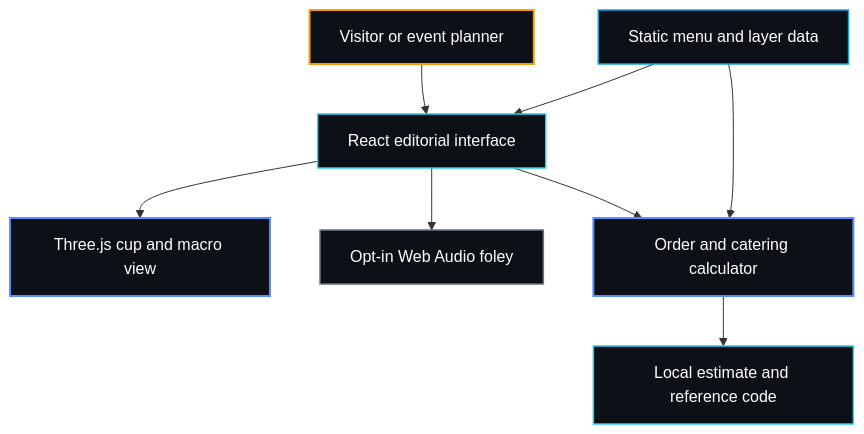
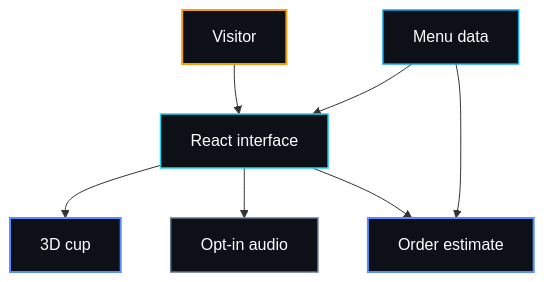
Before and after one commit to gaffercode/Tropisipjuice: the first of 4 diagrams in README.md, drawn with Mermaid. The commit also changed other lines of this file, not shown here.

Commit message:
docs: compact Tropisip diagrams and credit the collaboration

````diff
--- a/README.md
+++ b/README.md
@@ -128,29 +128,27 @@
 ```mermaid
 flowchart TB
-  VISITOR["Visitor or event planner"]
-  UI["React editorial interface"]
-  STAGE["Three.js cup and macro view"]
-  AUDIO["Opt-in Web Audio foley"]
-  ESTIMATE["Order and catering calculator"]
-  CATALOG["Static menu and layer data"]
-  RECEIPT["Local estimate and reference code"]
+  VISITOR["Visitor"]
+  UI["React interface"]
+  STAGE["3D cup"]
+  AUDIO["Opt-in audio"]
+  ESTIMATE["Order estimate"]
+  CATALOG["Menu data"]
 
   VISITOR --> UI
   UI --> STAGE
   UI --> AUDIO
   UI --> ESTIMATE
   CATALOG --> UI
   CATALOG --> ESTIMATE
-  ESTIMATE --> RECEIPT
 
   classDef authority fill:#0D1117,stroke:#F59E0B,color:#ffffff,stroke-width:2px;
   class VISITOR authority;
   classDef core fill:#0D1117,stroke:#5B8CFF,color:#ffffff,stroke-width:2px;
   class STAGE,ESTIMATE core;
   classDef surface fill:#0D1117,stroke:#22D3EE,color:#ffffff,stroke-width:1.5px;
-  class UI,RECEIPT surface;
+  class UI surface;
   classDef data fill:#0D1117,stroke:#0EA5E9,color:#ffffff,stroke-width:1.5px;
   class CATALOG data;
   classDef shared fill:#0D1117,stroke:#64748B,color:#ffffff,stroke-width:1.5px;
   class AUDIO shared;
 ```
````
